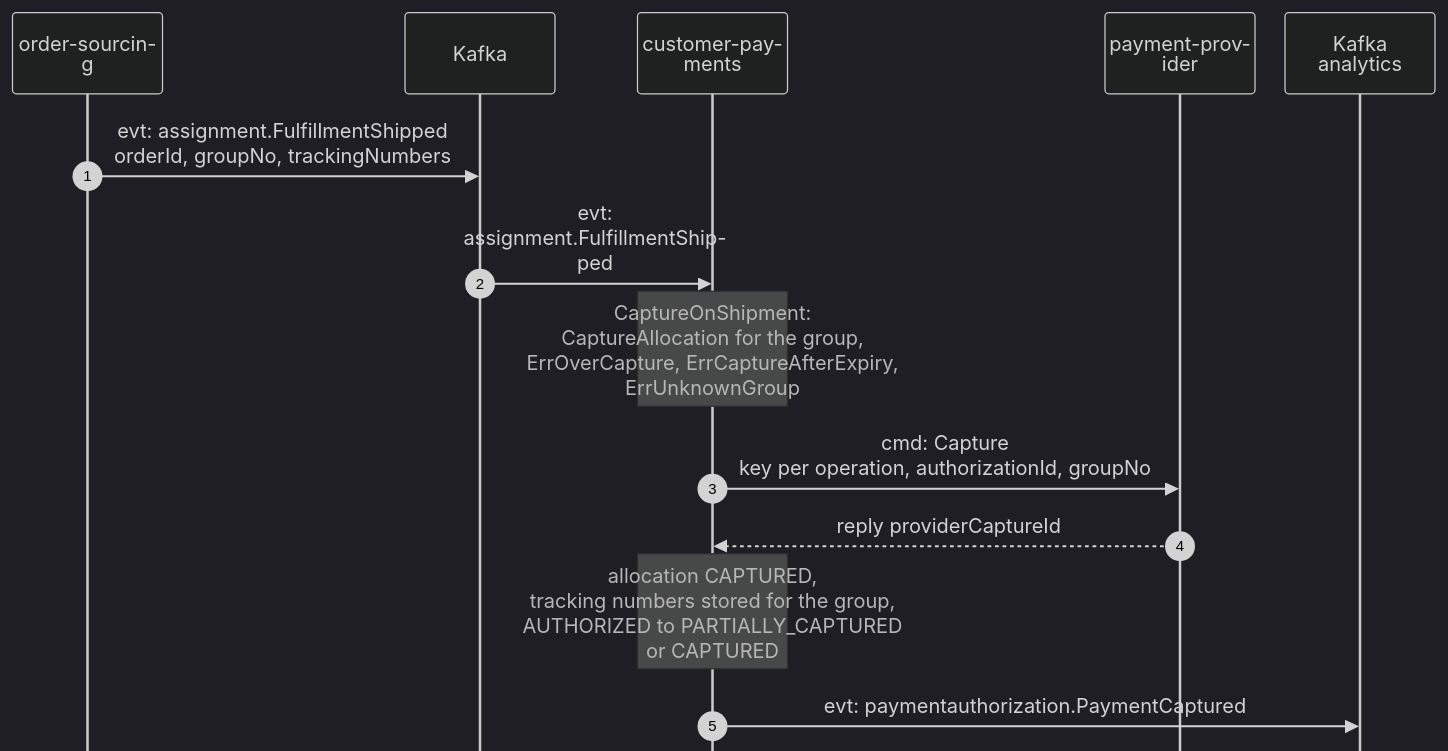
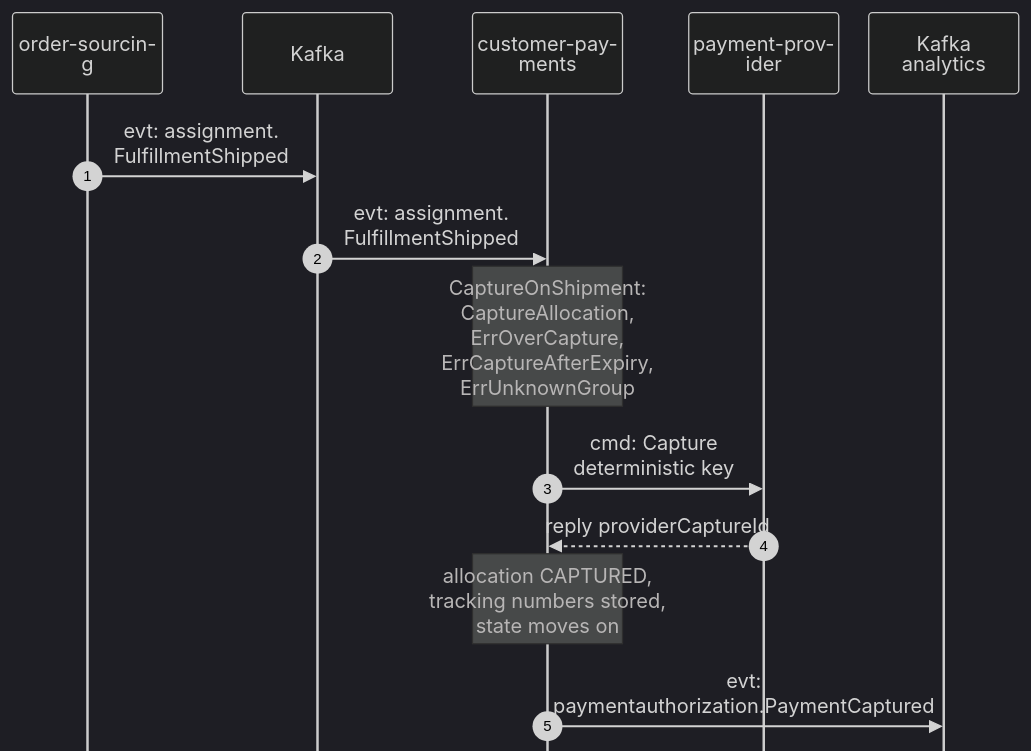
One commit to IQVO/warehouse-docs changed the second of 6 diagrams in storefront/docs/contexts/customer-payments/domain-message-flow.md. Above: the diagram before and after it, drawn with Mermaid (dark theme). The commit also changed other lines of this file and 7 other files, not shown here.

Commit message:
docs(storefront): wire customer-payments pack into sidebar and contexts index; tighten diagram widths

````diff
--- a/storefront/docs/contexts/customer-payments/domain-message-flow.md
+++ b/storefront/docs/contexts/customer-payments/domain-message-flow.md
@@ -69,17 +69,17 @@
 ```mermaid
 %%{init: {"sequence": {"wrap": true, "width": 120, "actorMargin": 24, "messageMargin": 28, "boxMargin": 6, "noteMargin": 6, "mirrorActors": false}}}%%
 sequenceDiagram
     autonumber
     participant OS as order-sourcing
     participant K as Kafka
     participant CP as customer-payments
     participant PSP as payment-provider
     participant AN as Kafka analytics
-    OS->>K: evt: assignment.FulfillmentShipped<br/>orderId, groupNo, trackingNumbers
-    K->>CP: evt: assignment.FulfillmentShipped
-    Note over CP: CaptureOnShipment:<br/>CaptureAllocation for the group,<br/>ErrOverCapture, ErrCaptureAfterExpiry,<br/>ErrUnknownGroup
-    CP->>PSP: cmd: Capture<br/>key per operation, authorizationId, groupNo
+    OS->>K: evt: assignment.<br/>FulfillmentShipped
+    K->>CP: evt: assignment.<br/>FulfillmentShipped
+    Note over CP: CaptureOnShipment:<br/>CaptureAllocation,<br/>ErrOverCapture,<br/>ErrCaptureAfterExpiry,<br/>ErrUnknownGroup
+    CP->>PSP: cmd: Capture<br/>deterministic key
     PSP-->>CP: reply providerCaptureId
-    Note over CP: allocation CAPTURED,<br/>tracking numbers stored for the group,<br/>AUTHORIZED to PARTIALLY_CAPTURED<br/>or CAPTURED
+    Note over CP: allocation CAPTURED,<br/>tracking numbers stored,<br/>state moves on
     CP->>AN: evt: paymentauthorization.PaymentCaptured
 ```
````
